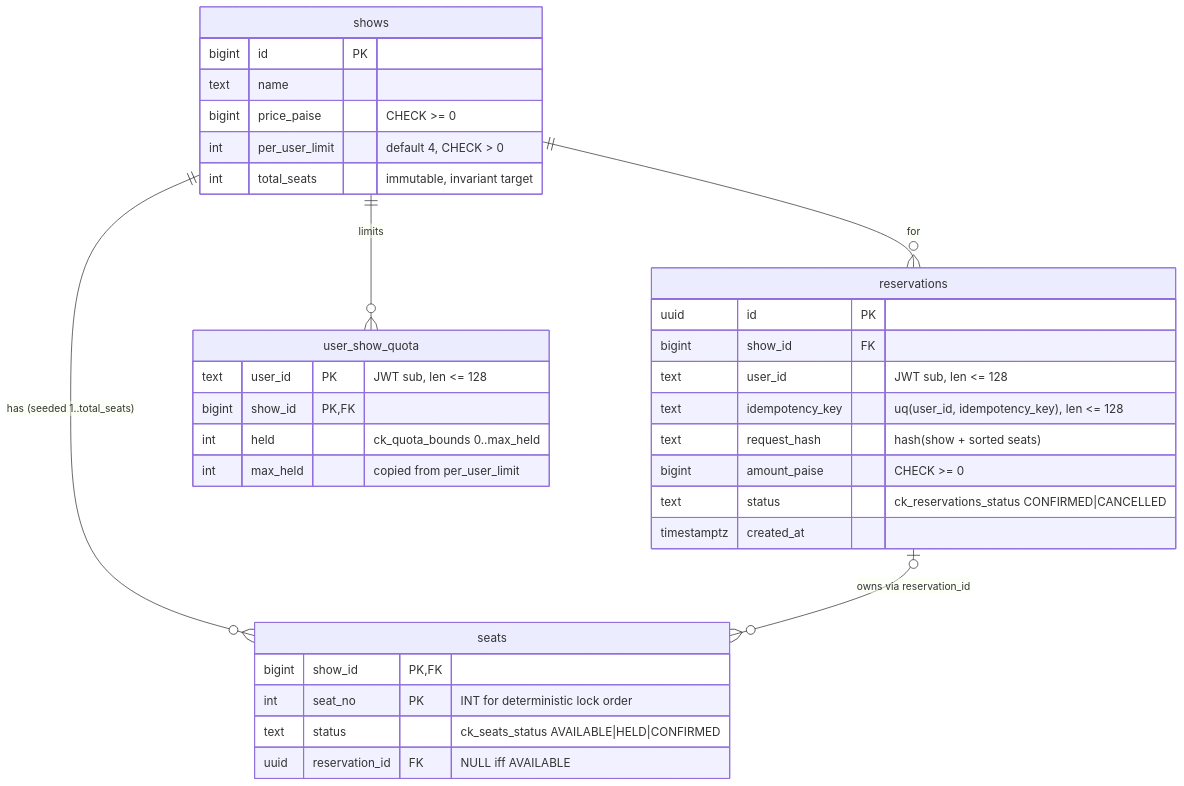
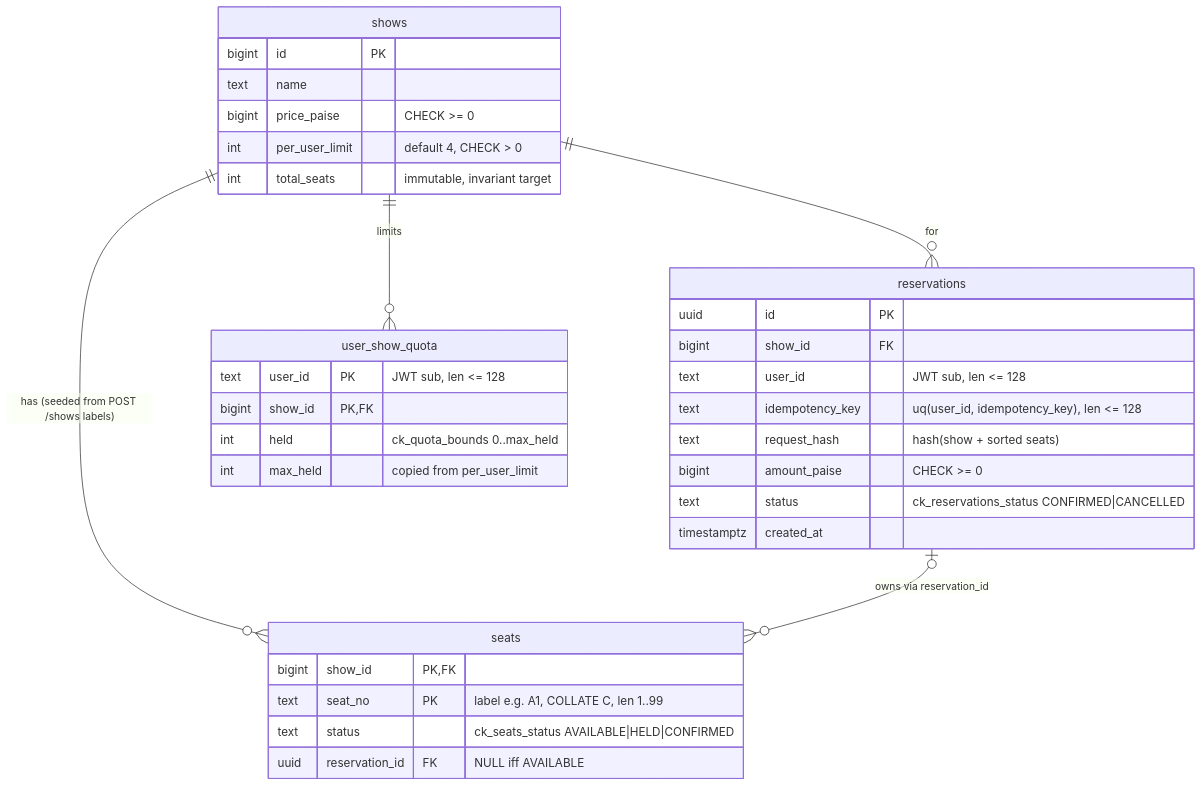
The diagram in schema/er.md (papadonut9/reservation-api), drawn with Mermaid before and after one commit. The commit also changed 6 other files, not shown here.

First line of the commit message:
IMS-31: POST /shows creates show with seats

````diff
--- a/schema/er.md
+++ b/schema/er.md
@@ -3,37 +3,37 @@
 ```mermaid
 erDiagram
-    shows ||--o{ seats : "has (seeded 1..total_seats)"
+    shows ||--o{ seats : "has (seeded from POST /shows labels)"
     shows ||--o{ reservations : "for"
     shows ||--o{ user_show_quota : "limits"
     reservations |o--o{ seats : "owns via reservation_id"
 
     shows {
         bigint id PK
         text name
         bigint price_paise "CHECK >= 0"
         int per_user_limit "default 4, CHECK > 0"
         int total_seats "immutable, invariant target"
     }
     seats {
         bigint show_id PK,FK
-        int seat_no PK "INT for deterministic lock order"
+        text seat_no PK "label e.g. A1, COLLATE C, len 1..99"
         text status "ck_seats_status AVAILABLE|HELD|CONFIRMED"
         uuid reservation_id FK "NULL iff AVAILABLE"
     }
     reservations {
         uuid id PK
         bigint show_id FK
         text user_id "JWT sub, len <= 128"
         text idempotency_key "uq(user_id, idempotency_key), len <= 128"
         text request_hash "hash(show + sorted seats)"
         bigint amount_paise "CHECK >= 0"
         text status "ck_reservations_status CONFIRMED|CANCELLED"
         timestamptz created_at
     }
     user_show_quota {
         text user_id PK "JWT sub, len <= 128"
         bigint show_id PK,FK
         int held "ck_quota_bounds 0..max_held"
         int max_held "copied from per_user_limit"
     }
 ```
````
